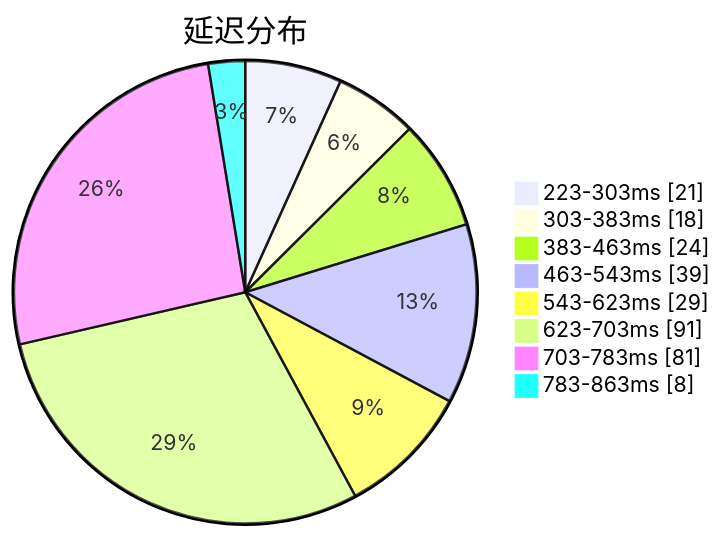
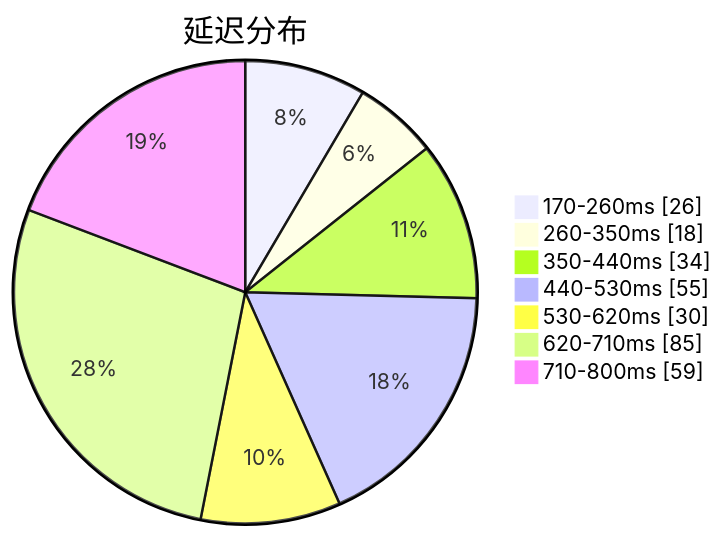
The first of 3 diagrams in subs/statistics/tested_within.md (qjlxg/airport), drawn with Mermaid before and after one commit. The commit also changed other lines of this file and 2 other files, not shown here.

````diff
--- a/subs/statistics/tested_within.md
+++ b/subs/statistics/tested_within.md
@@ -2,12 +2,11 @@
 ```mermaid
 pie showData
 title 延迟分布
-"223-303ms" : 21
-"303-383ms" : 18
-"383-463ms" : 24
-"463-543ms" : 39
-"543-623ms" : 29
-"623-703ms" : 91
-"703-783ms" : 81
-"783-863ms" : 8
+"170-260ms" : 26
+"260-350ms" : 18
+"350-440ms" : 34
+"440-530ms" : 55
+"530-620ms" : 30
+"620-710ms" : 85
+"710-800ms" : 59
 ```
````
